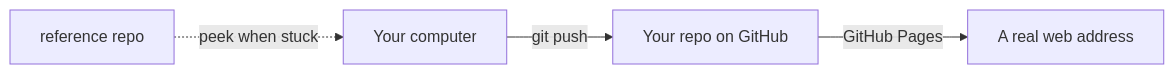
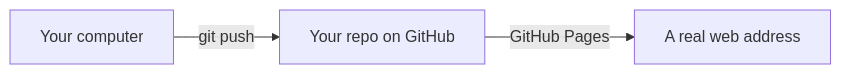
The diagram in content/ai/a09.md (KakkoiDev/izumo-io), drawn with Mermaid before and after one commit. The commit also changed other lines of this file and 8 other files, not shown here.

First line of the commit message:
lessons: simplify A09 — own repo, no reference remote

````diff
--- a/content/ai/a09.md
+++ b/content/ai/a09.md
@@ -96,6 +89,5 @@
 ```mermaid
 flowchart LR
     A[Your computer] -->|git push| B[Your repo on GitHub]
     B -->|GitHub Pages| C[A real web address]
-    D[reference repo] -.->|peek when stuck| A
 ```
````
